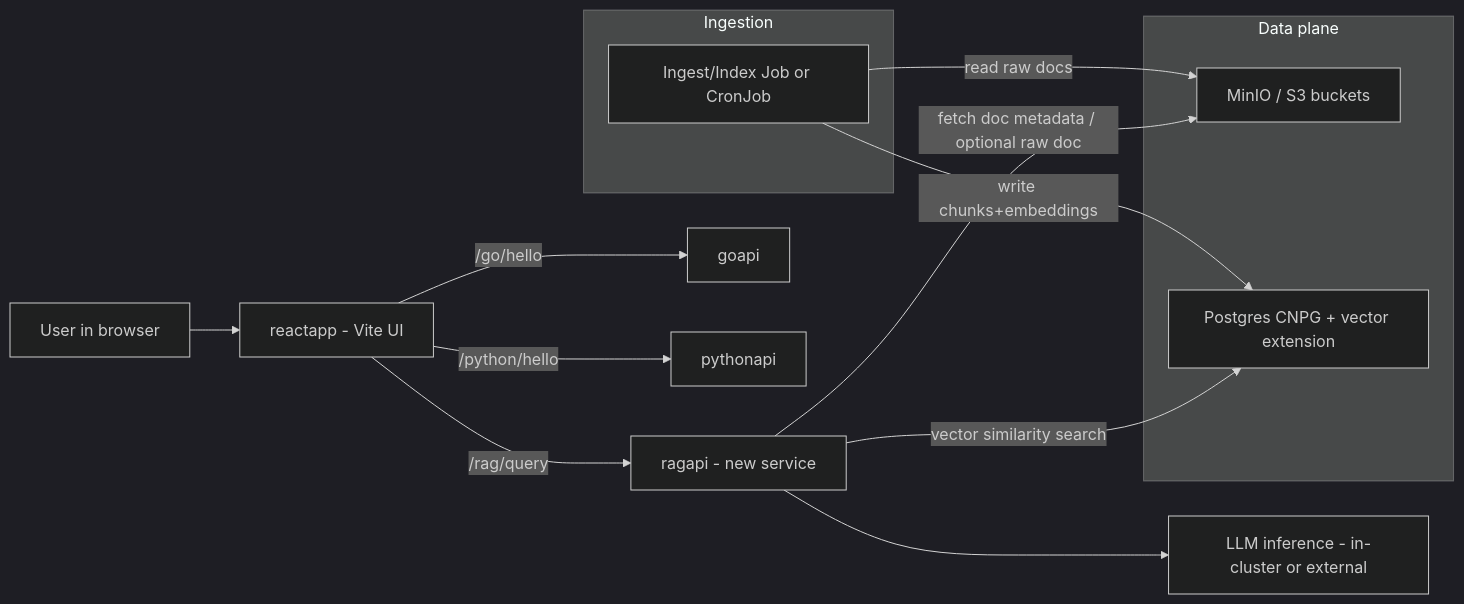
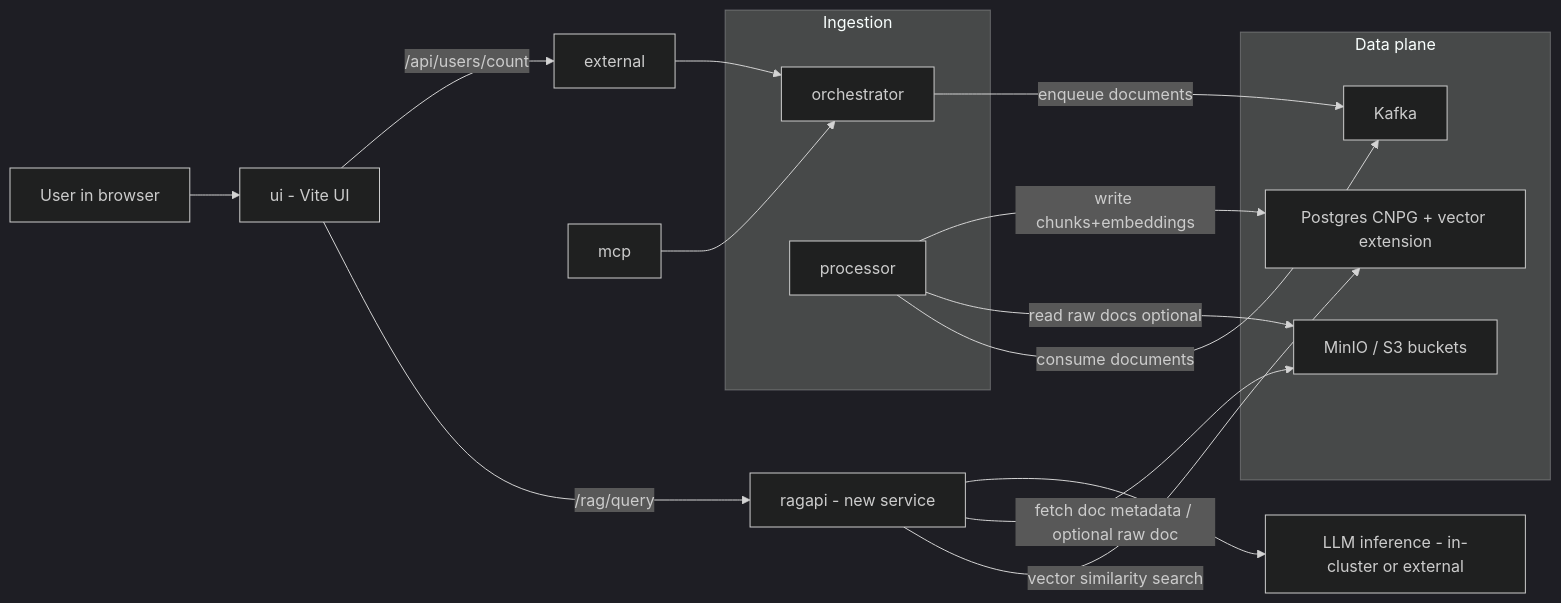
The diagram in docs/RAG.md (labiraus/homelab), drawn with Mermaid (dark theme) before and after one commit. The commit also changed 185 other files, not shown here.

````diff
--- a/docs/RAG.md
+++ b/docs/RAG.md
@@ -3,23 +3,28 @@
 ```mermaid
 flowchart LR
-  U[User in browser] --> UI[reactapp - Vite UI];
+  U[User in browser] --> UI[ui - Vite UI];
   UI -->|/rag/query| RAG[ragapi - new service];
-  UI -->|/go/hello| GO[goapi];
-  UI -->|/python/hello| PY[pythonapi];
+  UI -->|/api/users/count| EXT[external];
+  EXT --> ORCH[orchestrator];
+  MCP[mcp] --> ORCH;
 
   subgraph Data plane
     MINIO[MinIO / S3 buckets];
     PG[Postgres CNPG + vector extension];
+    KAFKA[Kafka];
   end
 
   subgraph Ingestion
-    ING[Ingest/Index Job or CronJob];
+    ORCH
+    PROC[processor];
   end
 
-  ING -->|read raw docs| MINIO;
-  ING -->|write chunks+embeddings| PG;
+  ORCH -->|enqueue documents| KAFKA;
+  PROC -->|consume documents| KAFKA;
+  PROC -->|read raw docs optional| MINIO;
+  PROC -->|write chunks+embeddings| PG;
 
   RAG -->|vector similarity search| PG;
   RAG -->|fetch doc metadata / optional raw doc| MINIO;
   RAG --> LLM[LLM inference - in-cluster or external];
 ```
````
